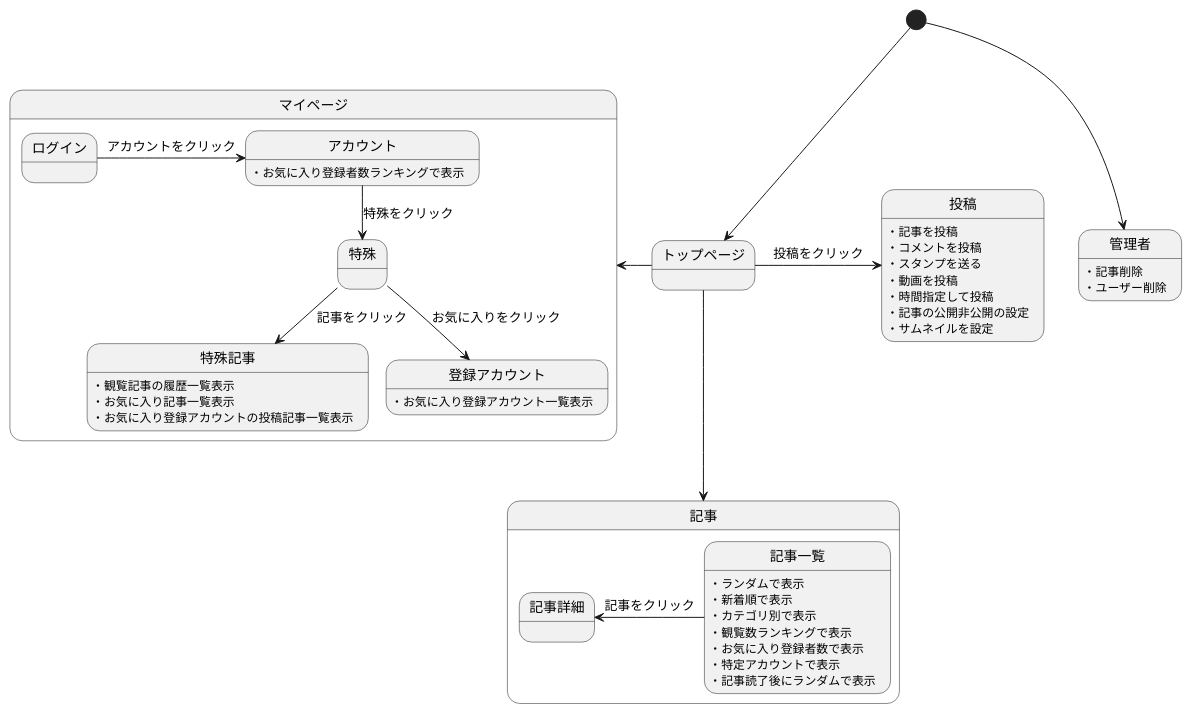
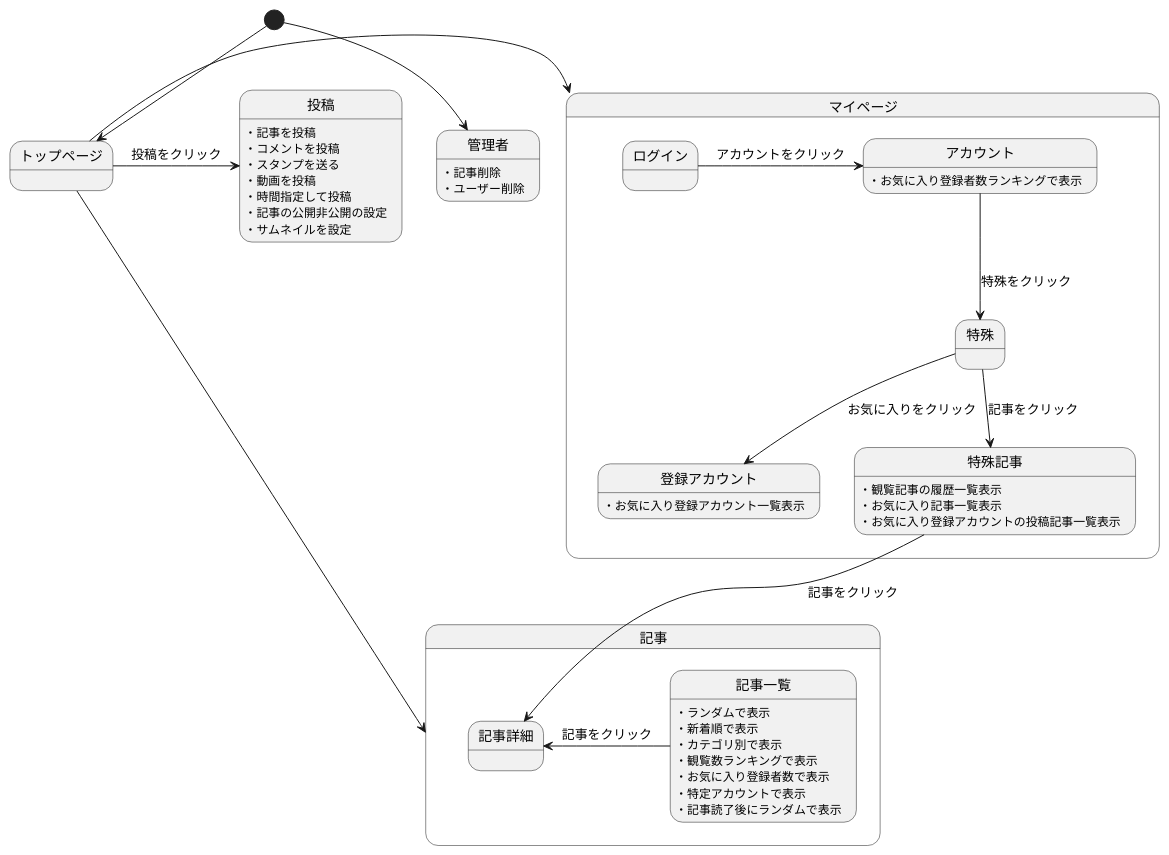
The diagram in 後期画面遷移.md (Aso2001001/2022System), drawn with PlantUML before and after one commit.

````diff
--- a/後期画面遷移.md
+++ b/後期画面遷移.md
@@ -1,55 +1,55 @@
 ```uml
 @startuml
 [*] --> トップページ
 
 state 記事{
 記事一覧 -left-> 記事詳細 : 記事をクリック
 
 
 記事一覧:・ランダムで表示
 記事一覧:・新着順で表示
 記事一覧:・カテゴリ別で表示
 記事一覧:・観覧数ランキングで表示
 記事一覧:・お気に入り登録者数で表示
 記事一覧:・特定アカウントで表示
 記事一覧:・記事読了後にランダムで表示
 
 }
 
 state マイページ{
 ログイン -> アカウント : アカウントをクリック
 アカウント -down-> 特殊 : 特殊をクリック
+特殊 -down-> 登録アカウント :お気に入りをクリック
 特殊 -down-> 特殊記事 :記事をクリック
-特殊 -down-> 登録アカウント :お気に入りをクリック
-
+特殊記事 -down-> 記事詳細 :記事をクリック
 
 アカウント:・お気に入り登録者数ランキングで表示
 
 特殊記事:・観覧記事の履歴一覧表示
 特殊記事:・お気に入り記事一覧表示
 登録アカウント:・お気に入り登録アカウント一覧表示
 特殊記事:・お気に入り登録アカウントの投稿記事一覧表示
 
 }
 
 
 トップページ -down-> 記事
 トップページ -left-> マイページ
 トップページ -> 投稿 : 投稿をクリック
 投稿:・記事を投稿
 投稿:・コメントを投稿
 投稿:・スタンプを送る
 投稿:・動画を投稿
 投稿:・時間指定して投稿
 投稿:・記事の公開非公開の設定
 投稿:・サムネイルを設定
 
 
 
 [*] --> 管理者
 管理者:・記事削除
 管理者:・ユーザー削除
 
 
 @enduml
 ```
````
